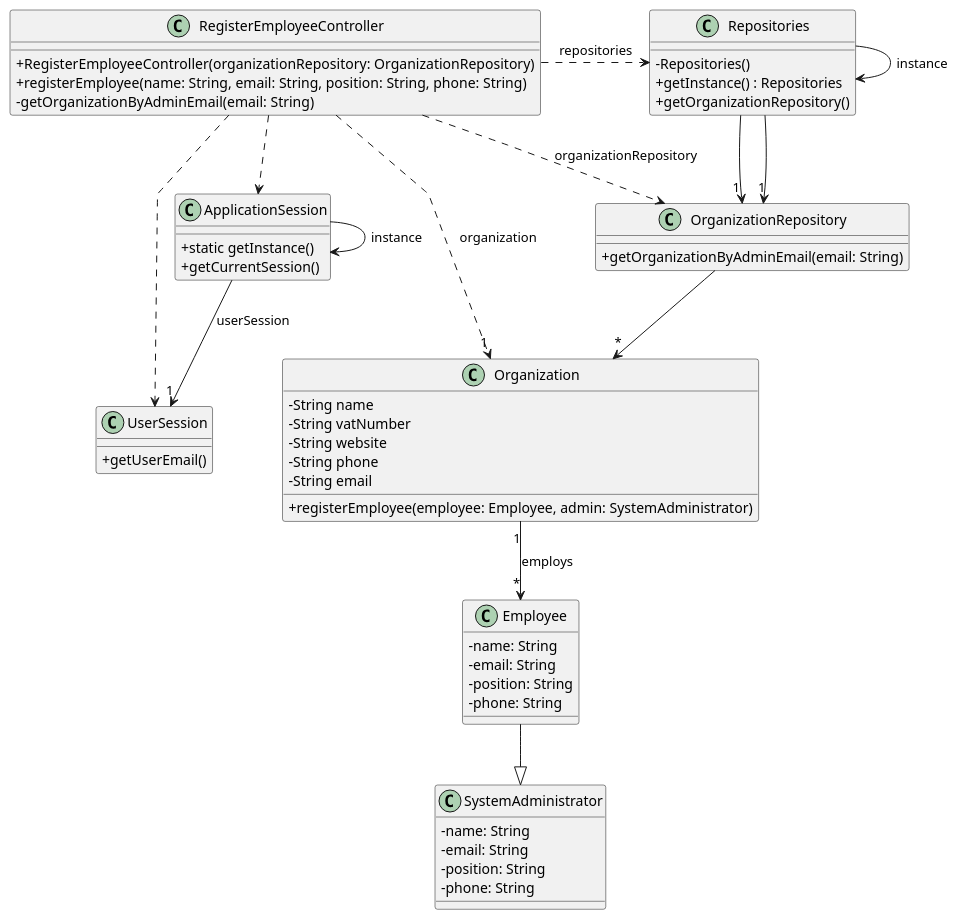
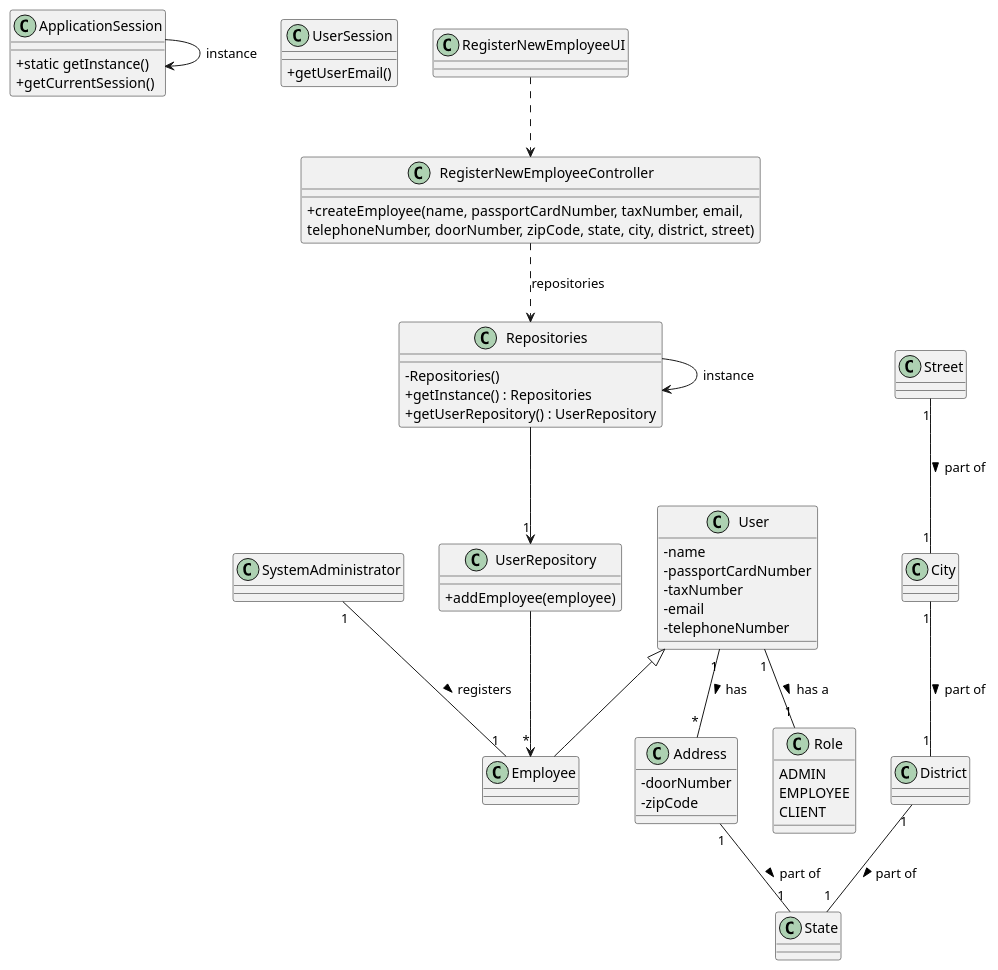
The diagram in docs/sprintB/us003/03.design/puml/us003-class-diagram.puml (Goncalves2525/real-estate-management-system), drawn with PlantUML before and after one commit. The commit also changed 32 other files, not shown here.

```diff
--- a/docs/sprintB/us003/03.design/puml/us003-class-diagram.puml
+++ b/docs/sprintB/us003/03.design/puml/us003-class-diagram.puml
@@ -1,79 +1,89 @@
 @startuml
-'skinparam monochrome true
 skinparam packageStyle rectangle
 skinparam shadowing false
 skinparam linetype polyline
-'skinparam linetype orto
-
 skinparam classAttributeIconSize 0
 
 class ApplicationSession {
     + static getInstance()
     + getCurrentSession()
 }
 
 class UserSession {
     + getUserEmail()
 }
 
-class SystemAdministrator {
-    - name: String
-    - email: String
-    - position: String
-    - phone: String
+class RegisterNewEmployeeController {
+    + createEmployee(name, passportCardNumber, taxNumber, email, \ntelephoneNumber, doorNumber, zipCode, state, city, district, street)
 }
 
-class Employee {
-    - name: String
-    - email: String
-    - position: String
-    - phone: String
-}
-
-class Organization {
-    - String name
-    - String vatNumber
-    - String website
-    - String phone
-    - String email
-
-    + registerEmployee(employee: Employee, admin: SystemAdministrator)
-}
-
-class OrganizationRepository {
-    + getOrganizationByAdminEmail(email: String)
+class UserRepository {
+    + addEmployee(employee)
 }
 
 class Repositories {
     - Repositories()
     + getInstance() : Repositories
-    + getOrganizationRepository()
+    + getUserRepository() : UserRepository
 }
 
-class RegisterEmployeeController {
-    + RegisterEmployeeController(organizationRepository: OrganizationRepository)
-    + registerEmployee(name: String, email: String, position: String, phone: String)
-    - getOrganizationByAdminEmail(email: String)
+ApplicationSession -down-> ApplicationSession : instance
+Repositories -down-> Repositories : instance
+
+class RegisterNewEmployeeUI {
 }
 
-Repositories -> Repositories : instance
-ApplicationSession -> ApplicationSession : instance
+RegisterNewEmployeeUI ..> RegisterNewEmployeeController
 
-RegisterEmployeeController .> Repositories : repositories
+RegisterNewEmployeeController ..> Repositories : repositories
 
-Repositories --> "1" OrganizationRepository
+Repositories --> "1" UserRepository
 
-RegisterEmployeeController ..> OrganizationRepository : organizationRepository
+UserRepository --> "*" Employee
 
-Repositories --> "1" OrganizationRepository
+class SystemAdministrator {
+}
 
-OrganizationRepository --> "*" Organization
-ApplicationSession --> "1" UserSession : userSession
+class User {
+    - name
+    - passportCardNumber
+    - taxNumber
+    - email
+    - telephoneNumber
+}
 
-RegisterEmployeeController ..> "1" Organization : organization
-RegisterEmployeeController ..> ApplicationSession
-RegisterEmployeeController ..> UserSession
-Organization "1" --> "*" Employee : employs
-Employee --|> SystemAdministrator
+class Employee extends User {
+}
+
+class Address {
+    - doorNumber
+    - zipCode
+}
+
+class Street {
+}
+
+class City {
+}
+
+class District {
+}
+
+class State {
+}
+
+class Role {
+    ADMIN
+    EMPLOYEE
+    CLIENT
+}
+
+SystemAdministrator "1" -- "1" Employee: registers >
+User "1" -- "*" Address: has >
+User "1" -- "1" Role: has a >
+Address "1" -- "1" State: part of >
+Street "1" -- "1" City: part of >
+City "1" -- "1" District: part of >
+District "1" -- "1" State: part of >
 
 @enduml
```
